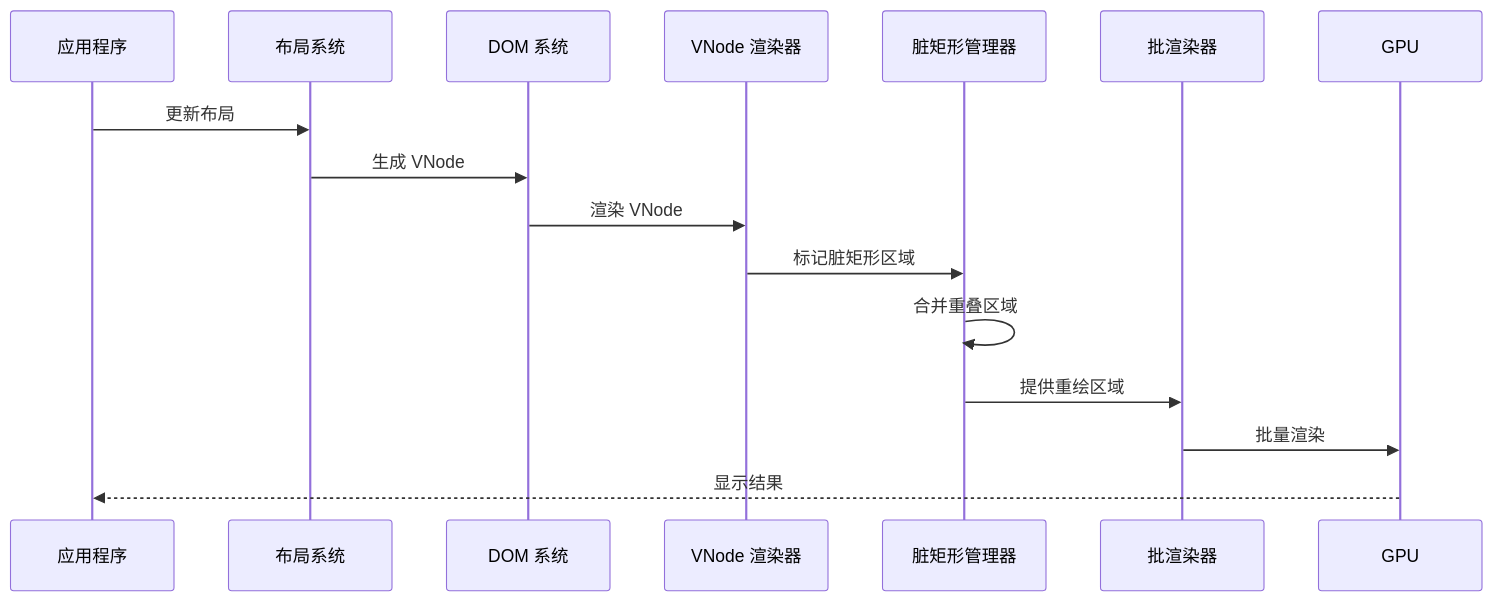
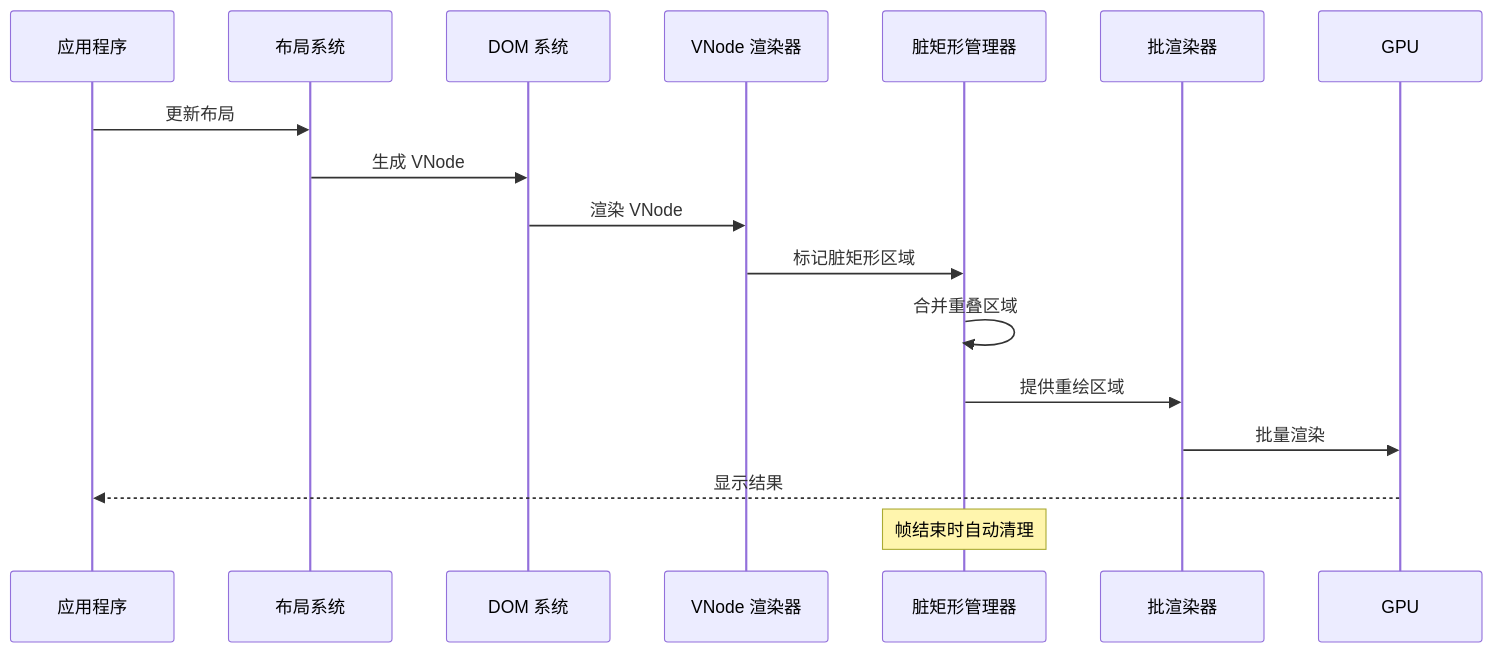
The second of 5 diagrams in .qoder/repowiki/zh/content/部署与配置/性能优化配置/脏矩形管理系统.md (itszzl-sudo/iris), drawn with Mermaid before and after one commit. The commit also changed other lines of this file and 6 other files, not shown here.

````diff
--- a/.qoder/repowiki/zh/content/部署与配置/性能优化配置/脏矩形管理系统.md
+++ b/.qoder/repowiki/zh/content/部署与配置/性能优化配置/脏矩形管理系统.md
@@ -105,18 +113,19 @@
 ```mermaid
 sequenceDiagram
 participant App as 应用程序
 participant Layout as 布局系统
 participant DOM as DOM 系统
 participant VR as VNode 渲染器
 participant DRM as 脏矩形管理器
 participant BR as 批渲染器
 participant GPU as GPU
 App->>Layout : 更新布局
 Layout->>DOM : 生成 VNode
 DOM->>VR : 渲染 VNode
 VR->>DRM : 标记脏矩形区域
 DRM->>DRM : 合并重叠区域
 DRM->>BR : 提供重绘区域
 BR->>GPU : 批量渲染
 GPU-->>App : 显示结果
+Note over DRM : 帧结束时自动清理
 ```
````
